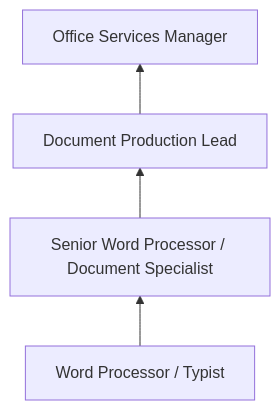
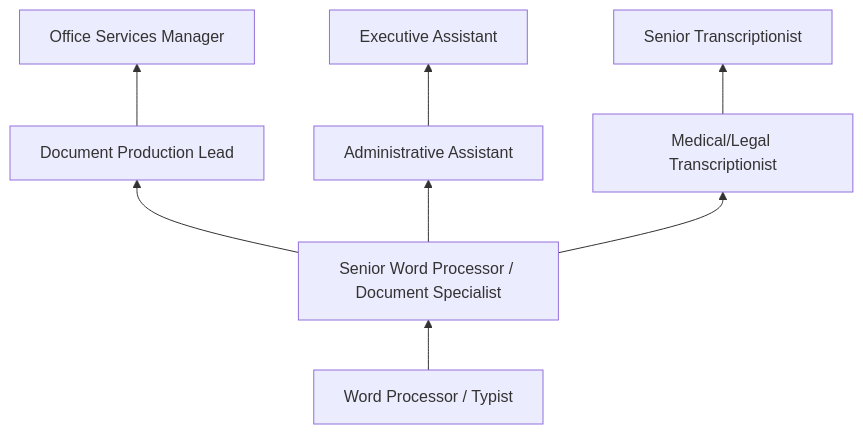
Before and after one commit to kziemski/business.org.ai: the third of 4 diagrams in occupations/Administrative/WordProcessorsAndTypists.mdx, drawn with Mermaid. The commit also changed other lines of this file and 19 other files, not shown here.

````diff
--- a/occupations/Administrative/WordProcessorsAndTypists.mdx
+++ b/occupations/Administrative/WordProcessorsAndTypists.mdx
@@ -74,6 +189,12 @@
 ```mermaid
 graph BT
     Entry["Word Processor / Typist"] --> Mid["Senior Word Processor / Document Specialist"]
     Mid --> Lead["Document Production Lead"]
     Lead --> Manager["Office Services Manager"]
+
+    Mid --> Admin["Administrative Assistant"]
+    Admin --> ExecAdmin["Executive Assistant"]
+
+    Mid --> Transcription["Medical/Legal Transcriptionist"]
+    Transcription --> SrTranscription["Senior Transcriptionist"]
 ```
````
